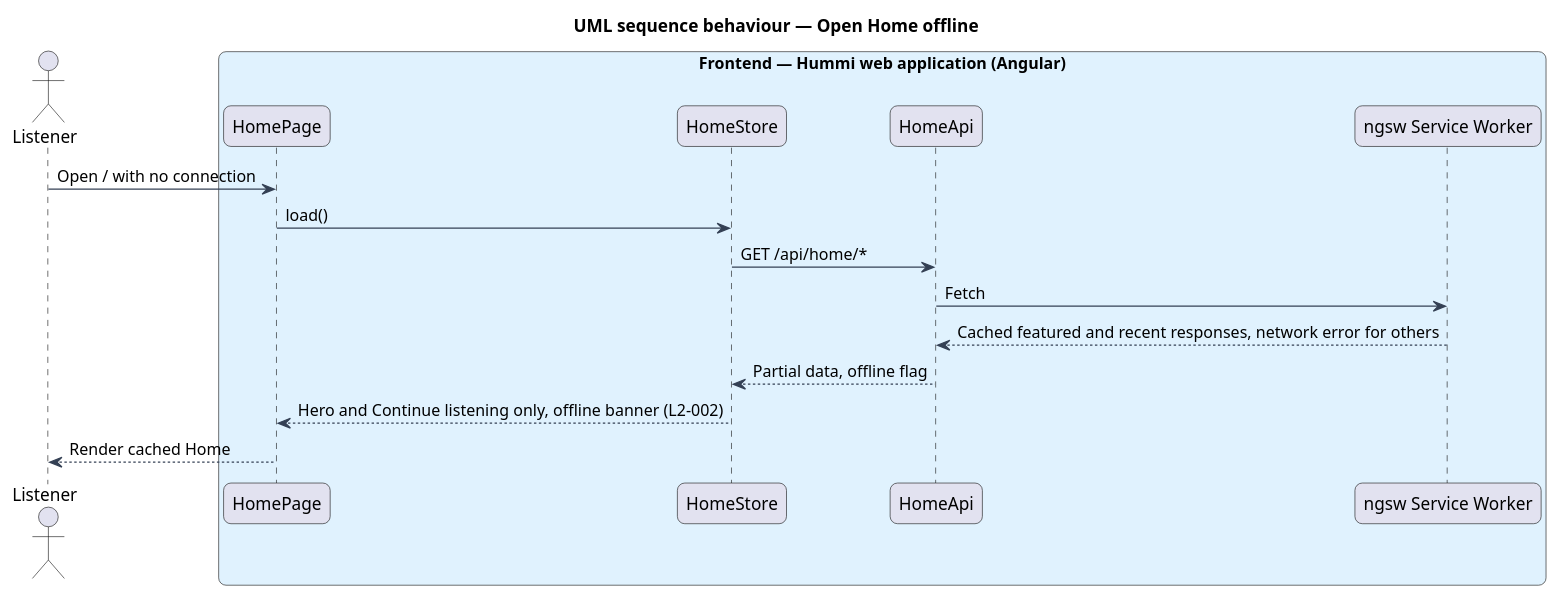
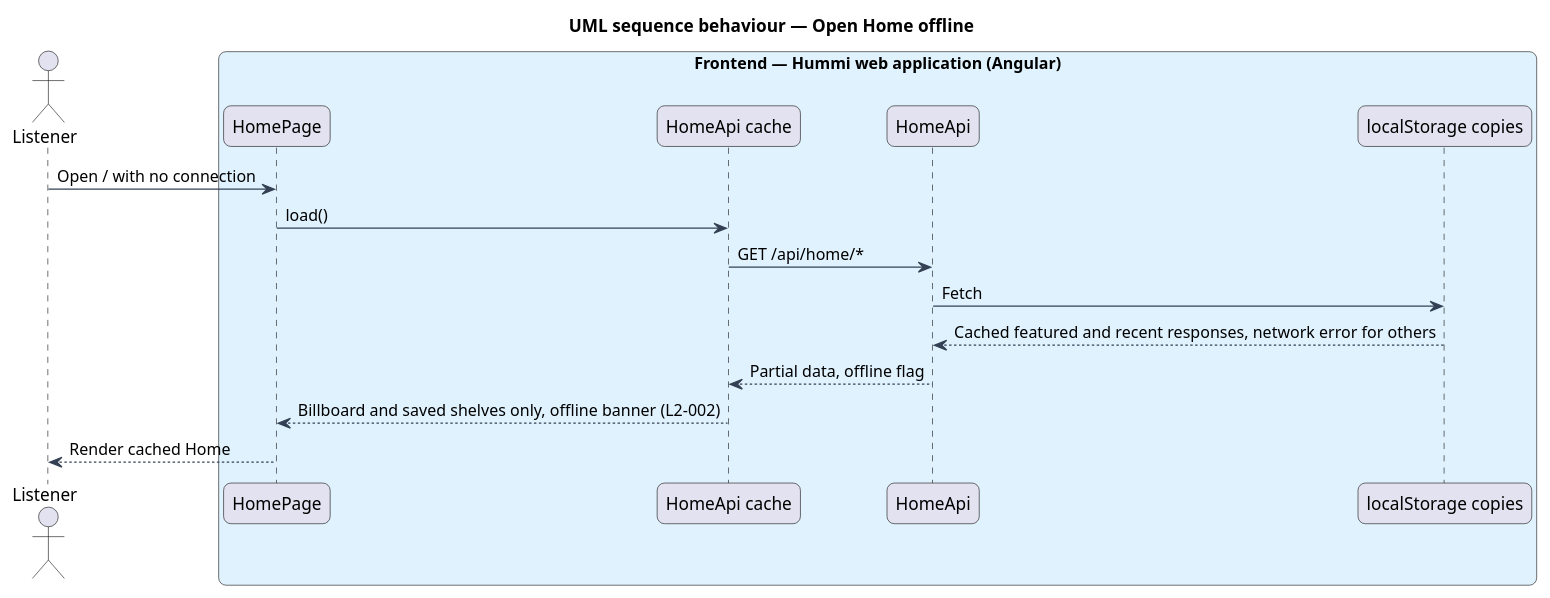
One commit to QuinntyneBrown/hummi changed the diagram in docs/detailed-designs/discovery/view-home/diagrams/sequence-offline-home.puml. Above: the diagram before and after it, drawn with PlantUML. The commit also changed 137 other files, not shown here.

First line of the commit message:
Get a personal Home: featured album billboard and seven shelves, each loaded on its own

```diff
--- a/docs/detailed-designs/discovery/view-home/diagrams/sequence-offline-home.puml
+++ b/docs/detailed-designs/discovery/view-home/diagrams/sequence-offline-home.puml
@@ -1,32 +1,32 @@
 @startuml
 title UML sequence behaviour — Open Home offline
 skinparam backgroundColor #FFFFFF
 skinparam shadowing false
 skinparam roundcorner 12
 skinparam defaultFontName Arial
 skinparam ArrowColor #344054
 skinparam rectangle {
   BorderColor #344054
   FontColor #101828
 }
 skinparam package {
   BorderColor #667085
   FontColor #101828
   BackgroundColor #F9FAFB
 }
 actor "Listener" as u
 box "Frontend — Hummi web application (Angular)" #E0F2FE
   participant "HomePage" as page
-  participant "HomeStore" as store
+  participant "HomeApi cache" as store
   participant "HomeApi" as client
-  participant "ngsw Service Worker" as sw
+  participant "localStorage copies" as sw
 end box
 u -> page : Open / with no connection
 page -> store : load()
 store -> client : GET /api/home/*
 client -> sw : Fetch
 sw --> client : Cached featured and recent responses, network error for others
 client --> store : Partial data, offline flag
-store --> page : Hero and Continue listening only, offline banner (L2-002)
+store --> page : Billboard and saved shelves only, offline banner (L2-002)
 page --> u : Render cached Home
 @enduml
```
